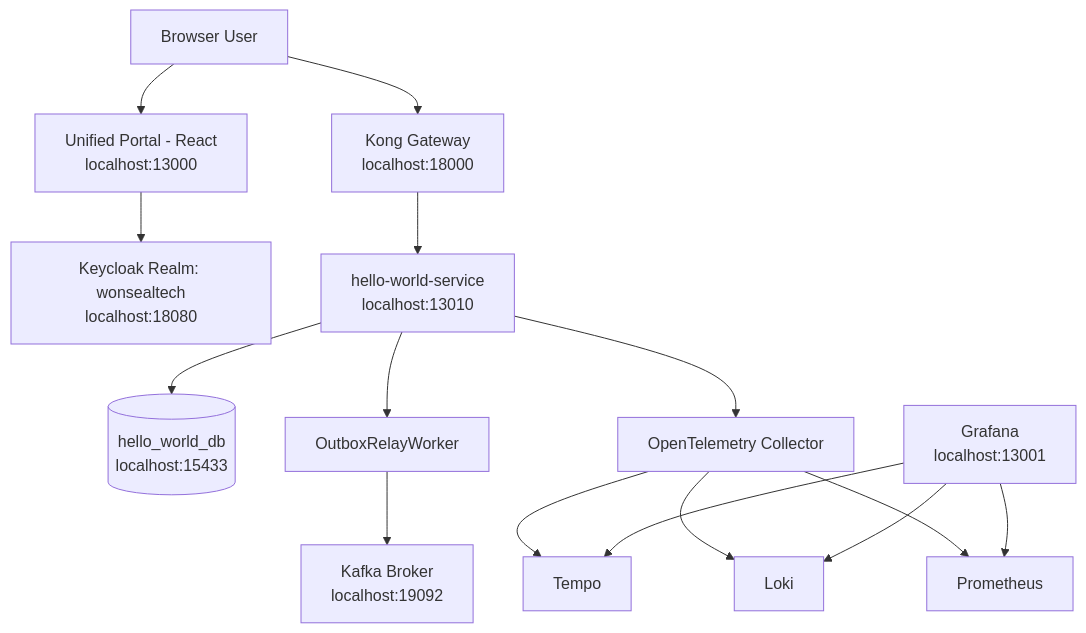
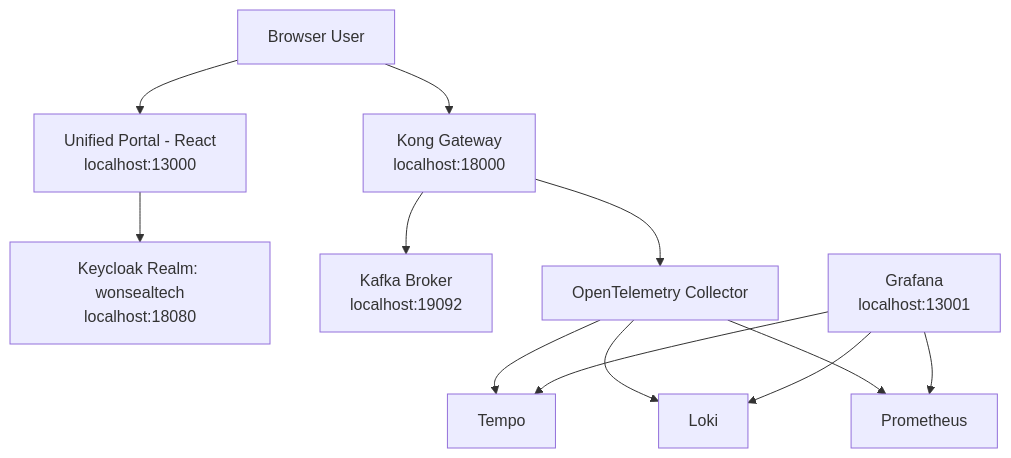
One commit to hoabui-dot/mes-ricoh-system changed the diagram in implementation/phase-0-platform-foundation.md. Above: the diagram before and after it, drawn with Mermaid. The commit also changed other lines of this file and 357 other files, not shown here.

````diff
--- a/implementation/phase-0-platform-foundation.md
+++ b/implementation/phase-0-platform-foundation.md
@@ -27,17 +29,14 @@
 ```mermaid
 flowchart TD
   User[Browser User] --> Portal[Unified Portal - React<br/>localhost:13000]
   Portal --> Keycloak[Keycloak Realm: wonsealtech<br/>localhost:18080]
   User --> Kong[Kong Gateway<br/>localhost:18000]
-  Kong --> Hello[hello-world-service<br/>localhost:13010]
-  Hello --> HelloDB[(hello_world_db<br/>localhost:15433)]
-  Hello --> Outbox[OutboxRelayWorker]
-  Outbox --> Kafka[Kafka Broker<br/>localhost:19092]
-  Hello --> OTel[OpenTelemetry Collector]
+  Kong --> Kafka[Kafka Broker<br/>localhost:19092]
+  Kong --> OTel[OpenTelemetry Collector]
   OTel --> Tempo[Tempo]
   OTel --> Loki[Loki]
   OTel --> Prometheus[Prometheus]
   Grafana[Grafana<br/>localhost:13001] --> Prometheus
   Grafana --> Tempo
   Grafana --> Loki
 ```
````
